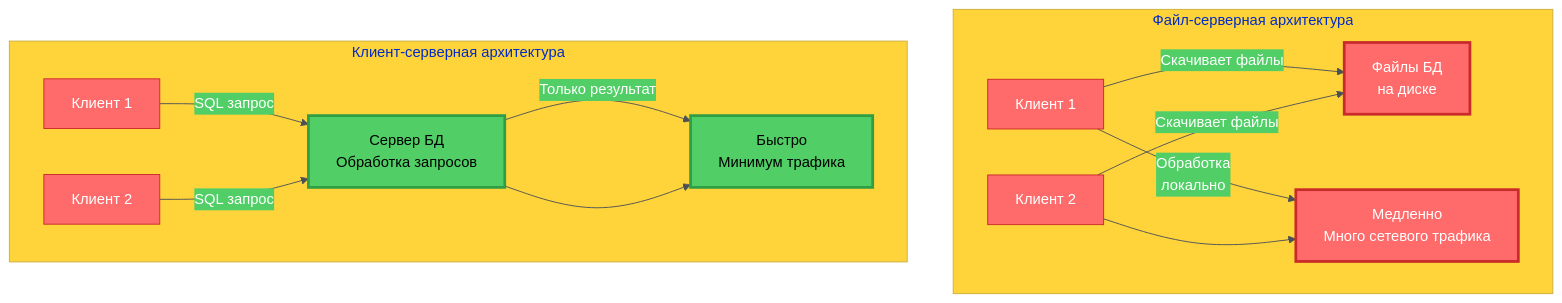
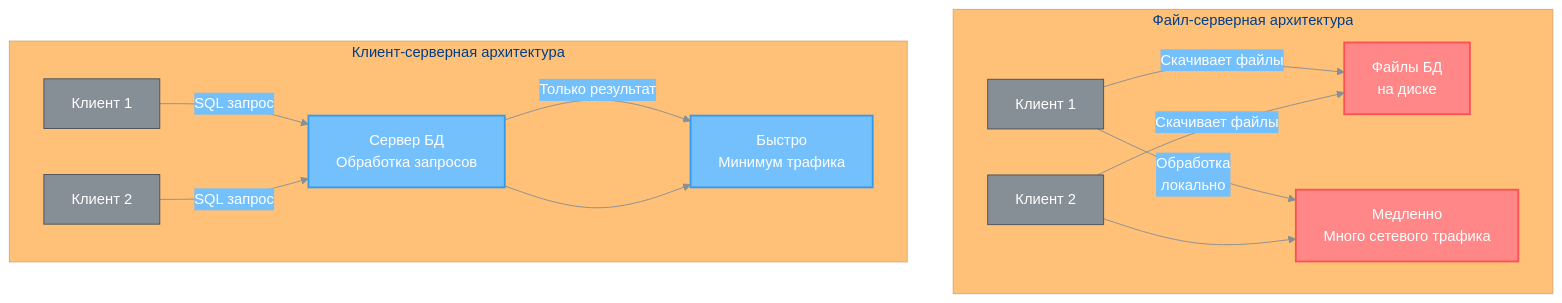
The first of 23 diagrams in db_exam.md (alx314vo/db_exam), drawn with Mermaid before and after one commit. The commit also changed other lines of this file, not shown here.

````diff
--- a/db_exam.md
+++ b/db_exam.md
@@ -69,22 +69,22 @@
 ```mermaid
-%%{init: {'theme':'base', 'themeVariables': {'primaryColor':'#ff6b6b','primaryTextColor':'#fff','primaryBorderColor':'#c92a2a','lineColor':'#495057','secondaryColor':'#51cf66','tertiaryColor':'#ffd43b'}}}%%
+%%{init: {'theme':'base', 'themeVariables': {'primaryColor':'#868e96','primaryTextColor':'#fff','primaryBorderColor':'#495057','lineColor':'#868e96','secondaryColor':'#74c0fc','tertiaryColor':'#ffc078','background':'#ffffff','textColor':'#212529'}}}%%
 graph TB
     subgraph "Файл-серверная архитектура"
         FS1[Клиент 1] -->|Скачивает файлы| FS2[Файлы БД<br/>на диске]
         FS3[Клиент 2] -->|Скачивает файлы| FS2
         FS1 -->|Обработка<br/>локально| FS4[Медленно<br/>Много сетевого трафика]
         FS3 --> FS4
     end
     
     subgraph "Клиент-серверная архитектура"
         CS1[Клиент 1] -->|SQL запрос| CS2[Сервер БД<br/>Обработка запросов]
         CS3[Клиент 2] -->|SQL запрос| CS2
         CS2 -->|Только результат| CS4[Быстро<br/>Минимум трафика]
         CS2 --> CS4
     end
     
-    style FS2 fill:#ff6b6b,stroke:#c92a2a,stroke-width:3px,color:#fff
-    style FS4 fill:#ff6b6b,stroke:#c92a2a,stroke-width:3px,color:#fff
-    style CS2 fill:#51cf66,stroke:#2f9e44,stroke-width:3px,color:#000
-    style CS4 fill:#51cf66,stroke:#2f9e44,stroke-width:3px,color:#000
+    style FS2 fill:#ff8787,stroke:#fa5252,stroke-width:2px,color:#fff
+    style FS4 fill:#ff8787,stroke:#fa5252,stroke-width:2px,color:#fff
+    style CS2 fill:#74c0fc,stroke:#339af0,stroke-width:2px,color:#fff
+    style CS4 fill:#74c0fc,stroke:#339af0,stroke-width:2px,color:#fff
 ```
````
